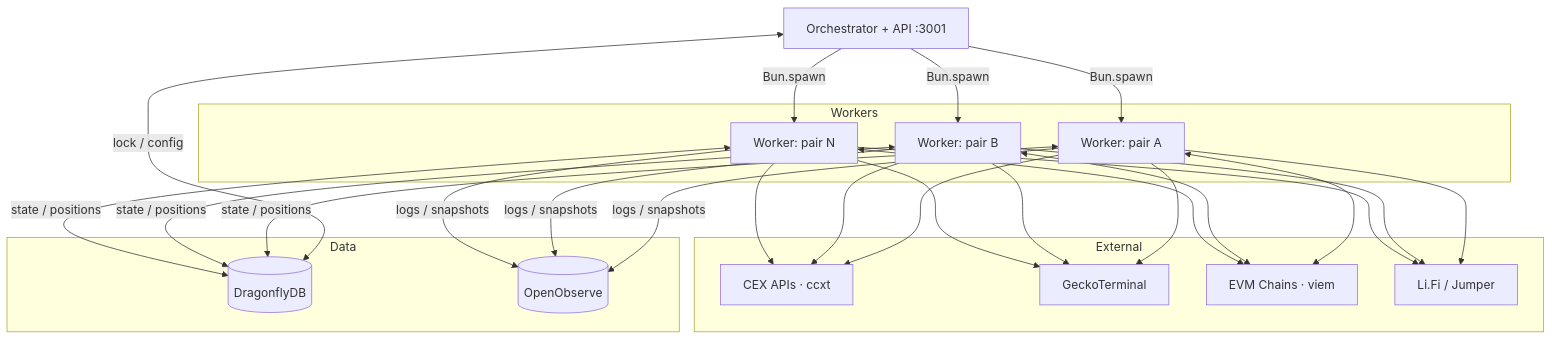
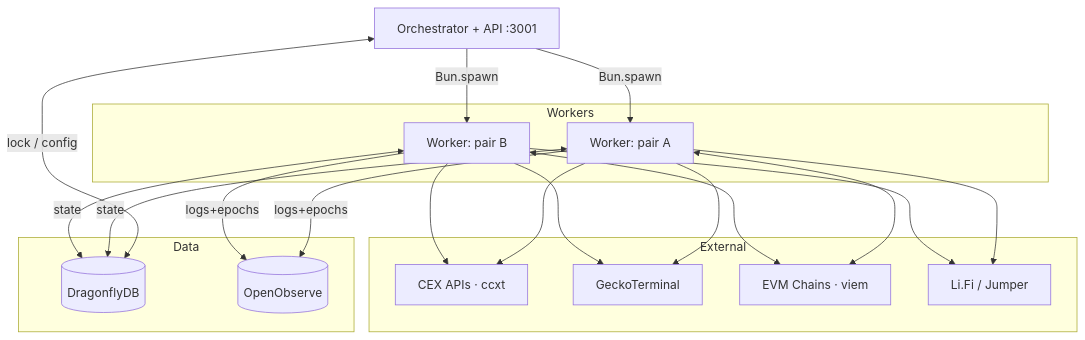
Before and after one commit to btr-supply/light-alm: the second of 2 diagrams in README.md, drawn with Mermaid.

Commit message:
docs(readme): trim architecture diagram to two workers, tighten labels

````diff
--- a/README.md
+++ b/README.md
@@ -30,28 +30,27 @@
 ```mermaid
 graph TD
-    O[Orchestrator + API :3001] -->|Bun.spawn| W1 & W2 & W3
+    O[Orchestrator + API :3001] -->|Bun.spawn| W1 & W2
 
     subgraph Workers
         W1[Worker: pair A]
         W2[Worker: pair B]
-        W3[Worker: pair N]
     end
 
     subgraph Data
         DF[(DragonflyDB)]
         O2[(OpenObserve)]
     end
 
     subgraph External
         CEX[CEX APIs · ccxt]
         GECKO[GeckoTerminal]
         CHAINS[EVM Chains · viem]
         BRIDGE[Li.Fi / Jumper]
     end
 
     O <-->|lock / config| DF
-    W1 & W2 & W3 <-->|state / positions| DF
-    W1 & W2 & W3 -->|logs / snapshots| O2
-    W1 & W2 & W3 <--> CHAINS
-    W1 & W2 & W3 --> CEX & GECKO & BRIDGE
+    W1 & W2 <-->|state| DF
+    W1 & W2 -->|logs+epochs| O2
+    W1 & W2 <--> CHAINS
+    W1 & W2 --> CEX & GECKO & BRIDGE
 ```
````
